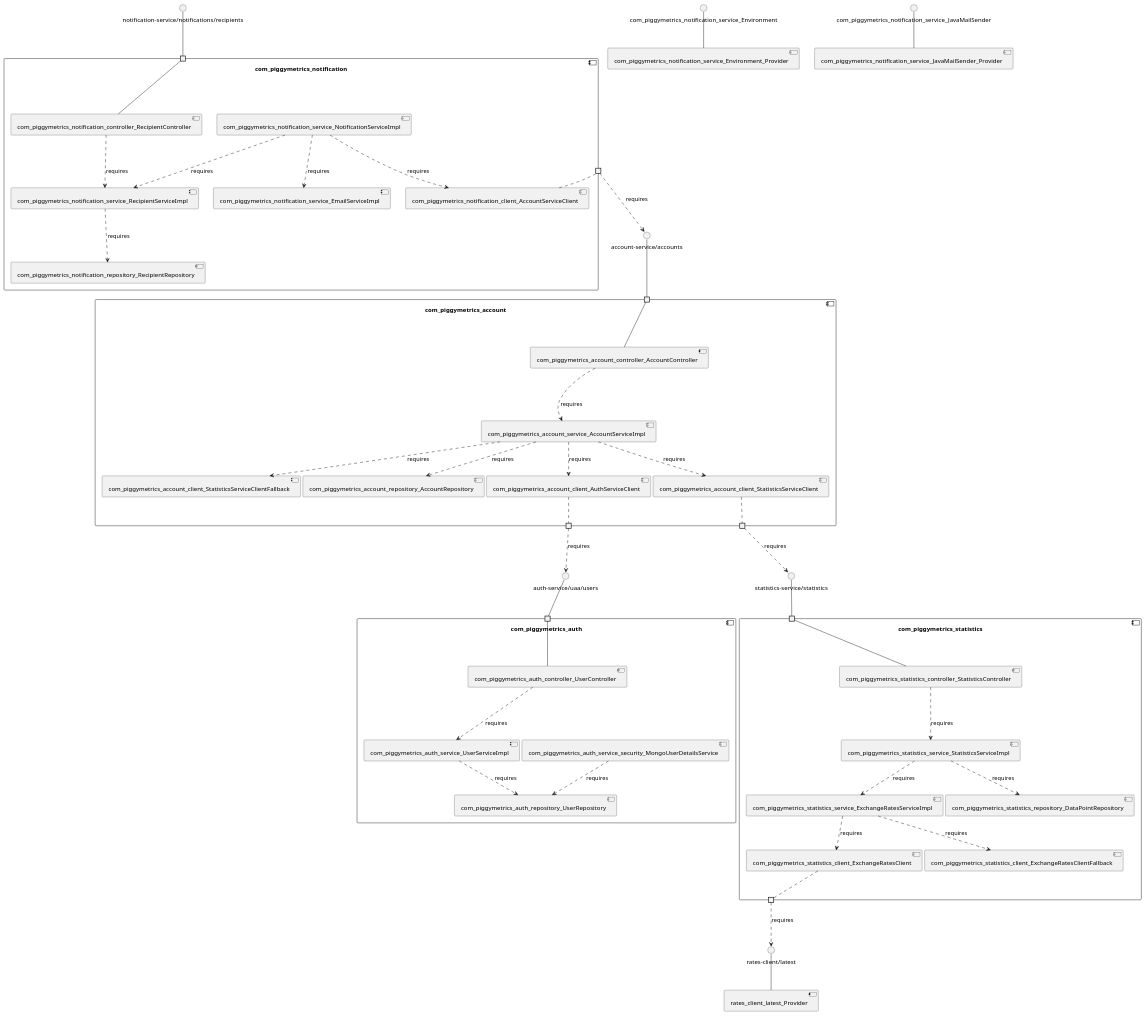
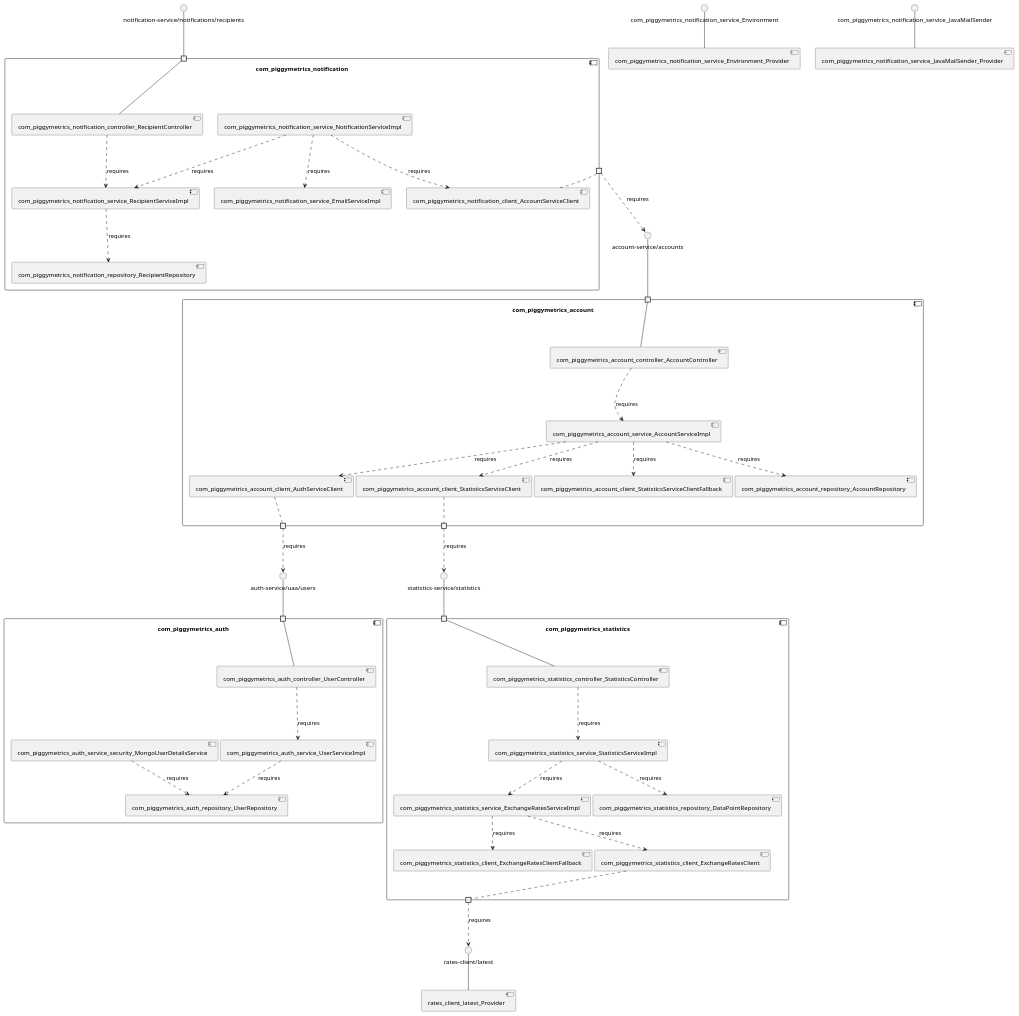
The diagram in sqshq-piggymetrics/model_re/uml/componentDiagram.puml (View-Based-Reverse-Engineering/Retriever-Benchmark), drawn with PlantUML before and after one commit. The commit also changed other lines of this file and 160 other files, not shown here.

```diff
--- a/sqshq-piggymetrics/model_re/uml/componentDiagram.puml
+++ b/sqshq-piggymetrics/model_re/uml/componentDiagram.puml
@@ -1,91 +1,91 @@
 @startuml
 skinparam fixCircleLabelOverlapping true
 skinparam componentStyle uml2
 component "com_piggymetrics_account\n\n\n\n\n\n" {
+[com_piggymetrics_account_repository_AccountRepository]
 [com_piggymetrics_account_client_StatisticsServiceClient]
 [com_piggymetrics_account_client_AuthServiceClient]
 [com_piggymetrics_account_client_StatisticsServiceClientFallback]
 [com_piggymetrics_account_service_AccountServiceImpl]
 [com_piggymetrics_account_controller_AccountController]
-[com_piggymetrics_account_repository_AccountRepository]
 portin " " as com_piggymetrics_account_requires_account_service_accounts
 portout " " as com_piggymetrics_account_provides_auth_service_uaa_users
 portout " " as com_piggymetrics_account_provides_statistics_service_statistics
+[com_piggymetrics_account_controller_AccountController]..>[com_piggymetrics_account_service_AccountServiceImpl] : requires
 [com_piggymetrics_account_service_AccountServiceImpl]..>[com_piggymetrics_account_repository_AccountRepository] : requires
+[com_piggymetrics_account_service_AccountServiceImpl]..>[com_piggymetrics_account_client_StatisticsServiceClient] : requires
 [com_piggymetrics_account_service_AccountServiceImpl]..>[com_piggymetrics_account_client_AuthServiceClient] : requires
-[com_piggymetrics_account_service_AccountServiceImpl]..>[com_piggymetrics_account_client_StatisticsServiceClient] : requires
 [com_piggymetrics_account_service_AccountServiceImpl]..>[com_piggymetrics_account_client_StatisticsServiceClientFallback] : requires
-[com_piggymetrics_account_controller_AccountController]..>[com_piggymetrics_account_service_AccountServiceImpl] : requires
 "com_piggymetrics_account_requires_account_service_accounts"--[com_piggymetrics_account_controller_AccountController]
+[com_piggymetrics_account_client_AuthServiceClient].."com_piggymetrics_account_provides_auth_service_uaa_users"
 [com_piggymetrics_account_client_StatisticsServiceClient].."com_piggymetrics_account_provides_statistics_service_statistics"
-[com_piggymetrics_account_client_AuthServiceClient].."com_piggymetrics_account_provides_auth_service_uaa_users"
 }
 interface "account-service/accounts" as interface.account_service_accounts
 interface.account_service_accounts--"com_piggymetrics_account_requires_account_service_accounts"
 interface "auth-service/uaa/users" as interface.auth_service_uaa_users
 "com_piggymetrics_account_provides_auth_service_uaa_users"..>interface.auth_service_uaa_users : requires
 interface "statistics-service/statistics" as interface.statistics_service_statistics
 "com_piggymetrics_account_provides_statistics_service_statistics"..>interface.statistics_service_statistics : requires
 component "com_piggymetrics_auth\n\n\n\n\n\n" {
+[com_piggymetrics_auth_service_security_MongoUserDetailsService]
+[com_piggymetrics_auth_repository_UserRepository]
+[com_piggymetrics_auth_controller_UserController]
 [com_piggymetrics_auth_service_UserServiceImpl]
-[com_piggymetrics_auth_repository_UserRepository]
-[com_piggymetrics_auth_service_security_MongoUserDetailsService]
-[com_piggymetrics_auth_controller_UserController]
 portin " " as com_piggymetrics_auth_requires_auth_service_uaa_users
-[com_piggymetrics_auth_service_UserServiceImpl]..>[com_piggymetrics_auth_repository_UserRepository] : requires
 [com_piggymetrics_auth_service_security_MongoUserDetailsService]..>[com_piggymetrics_auth_repository_UserRepository] : requires
 [com_piggymetrics_auth_controller_UserController]..>[com_piggymetrics_auth_service_UserServiceImpl] : requires
+[com_piggymetrics_auth_service_UserServiceImpl]..>[com_piggymetrics_auth_repository_UserRepository] : requires
 "com_piggymetrics_auth_requires_auth_service_uaa_users"--[com_piggymetrics_auth_controller_UserController]
 }
 interface "auth-service/uaa/users" as interface.auth_service_uaa_users
 interface.auth_service_uaa_users--"com_piggymetrics_auth_requires_auth_service_uaa_users"
 component "com_piggymetrics_notification\n\n\n\n\n\n" {
+[com_piggymetrics_notification_repository_RecipientRepository]
+[com_piggymetrics_notification_client_AccountServiceClient]
+[com_piggymetrics_notification_service_RecipientServiceImpl]
+[com_piggymetrics_notification_controller_RecipientController]
 [com_piggymetrics_notification_service_NotificationServiceImpl]
-[com_piggymetrics_notification_service_RecipientServiceImpl]
 [com_piggymetrics_notification_service_EmailServiceImpl]
-[com_piggymetrics_notification_client_AccountServiceClient]
-[com_piggymetrics_notification_repository_RecipientRepository]
-[com_piggymetrics_notification_controller_RecipientController]
 portin " " as com_piggymetrics_notification_requires_notification_service_notifications_recipients
 portout " " as com_piggymetrics_notification_provides_account_service_accounts
+[com_piggymetrics_notification_service_NotificationServiceImpl]..>[com_piggymetrics_notification_service_RecipientServiceImpl] : requires
+[com_piggymetrics_notification_controller_RecipientController]..>[com_piggymetrics_notification_service_RecipientServiceImpl] : requires
+[com_piggymetrics_notification_service_NotificationServiceImpl]..>[com_piggymetrics_notification_client_AccountServiceClient] : requires
 [com_piggymetrics_notification_service_NotificationServiceImpl]..>[com_piggymetrics_notification_service_EmailServiceImpl] : requires
 [com_piggymetrics_notification_service_RecipientServiceImpl]..>[com_piggymetrics_notification_repository_RecipientRepository] : requires
-[com_piggymetrics_notification_controller_RecipientController]..>[com_piggymetrics_notification_service_RecipientServiceImpl] : requires
-[com_piggymetrics_notification_service_NotificationServiceImpl]..>[com_piggymetrics_notification_client_AccountServiceClient] : requires
-[com_piggymetrics_notification_service_NotificationServiceImpl]..>[com_piggymetrics_notification_service_RecipientServiceImpl] : requires
 "com_piggymetrics_notification_requires_notification_service_notifications_recipients"--[com_piggymetrics_notification_controller_RecipientController]
 [com_piggymetrics_notification_client_AccountServiceClient].."com_piggymetrics_notification_provides_account_service_accounts"
 }
 interface "notification-service/notifications/recipients" as interface.notification_service_notifications_recipients
 interface.notification_service_notifications_recipients--"com_piggymetrics_notification_requires_notification_service_notifications_recipients"
 interface "account-service/accounts" as interface.account_service_accounts
 "com_piggymetrics_notification_provides_account_service_accounts"..>interface.account_service_accounts : requires
 component "com_piggymetrics_statistics\n\n\n\n\n\n" {
 [com_piggymetrics_statistics_client_ExchangeRatesClient]
+[com_piggymetrics_statistics_controller_StatisticsController]
+[com_piggymetrics_statistics_repository_DataPointRepository]
+[com_piggymetrics_statistics_service_StatisticsServiceImpl]
+[com_piggymetrics_statistics_client_ExchangeRatesClientFallback]
 [com_piggymetrics_statistics_service_ExchangeRatesServiceImpl]
-[com_piggymetrics_statistics_repository_DataPointRepository]
-[com_piggymetrics_statistics_client_ExchangeRatesClientFallback]
-[com_piggymetrics_statistics_controller_StatisticsController]
-[com_piggymetrics_statistics_service_StatisticsServiceImpl]
 portin " " as com_piggymetrics_statistics_requires_statistics_service_statistics
 portout " " as com_piggymetrics_statistics_provides_rates_client_latest
+[com_piggymetrics_statistics_service_StatisticsServiceImpl]..>[com_piggymetrics_statistics_repository_DataPointRepository] : requires
+[com_piggymetrics_statistics_service_ExchangeRatesServiceImpl]..>[com_piggymetrics_statistics_client_ExchangeRatesClient] : requires
+[com_piggymetrics_statistics_service_StatisticsServiceImpl]..>[com_piggymetrics_statistics_service_ExchangeRatesServiceImpl] : requires
 [com_piggymetrics_statistics_controller_StatisticsController]..>[com_piggymetrics_statistics_service_StatisticsServiceImpl] : requires
 [com_piggymetrics_statistics_service_ExchangeRatesServiceImpl]..>[com_piggymetrics_statistics_client_ExchangeRatesClientFallback] : requires
-[com_piggymetrics_statistics_service_StatisticsServiceImpl]..>[com_piggymetrics_statistics_service_ExchangeRatesServiceImpl] : requires
-[com_piggymetrics_statistics_service_ExchangeRatesServiceImpl]..>[com_piggymetrics_statistics_client_ExchangeRatesClient] : requires
-[com_piggymetrics_statistics_service_StatisticsServiceImpl]..>[com_piggymetrics_statistics_repository_DataPointRepository] : requires
 "com_piggymetrics_statistics_requires_statistics_service_statistics"--[com_piggymetrics_statistics_controller_StatisticsController]
 [com_piggymetrics_statistics_client_ExchangeRatesClient].."com_piggymetrics_statistics_provides_rates_client_latest"
 }
 interface "statistics-service/statistics" as interface.statistics_service_statistics
 interface.statistics_service_statistics--"com_piggymetrics_statistics_requires_statistics_service_statistics"
 interface "rates-client/latest" as interface.rates_client_latest
 "com_piggymetrics_statistics_provides_rates_client_latest"..>interface.rates_client_latest : requires
 interface "com_piggymetrics_notification_service_Environment" as interface.com_piggymetrics_notification_service_Environment
 interface.com_piggymetrics_notification_service_Environment--[com_piggymetrics_notification_service_Environment_Provider]
 interface "com_piggymetrics_notification_service_JavaMailSender" as interface.com_piggymetrics_notification_service_JavaMailSender
 interface.com_piggymetrics_notification_service_JavaMailSender--[com_piggymetrics_notification_service_JavaMailSender_Provider]
 interface "rates-client/latest" as interface.rates_client_latest
 interface.rates_client_latest--[rates_client_latest_Provider]
 
 @enduml
```
